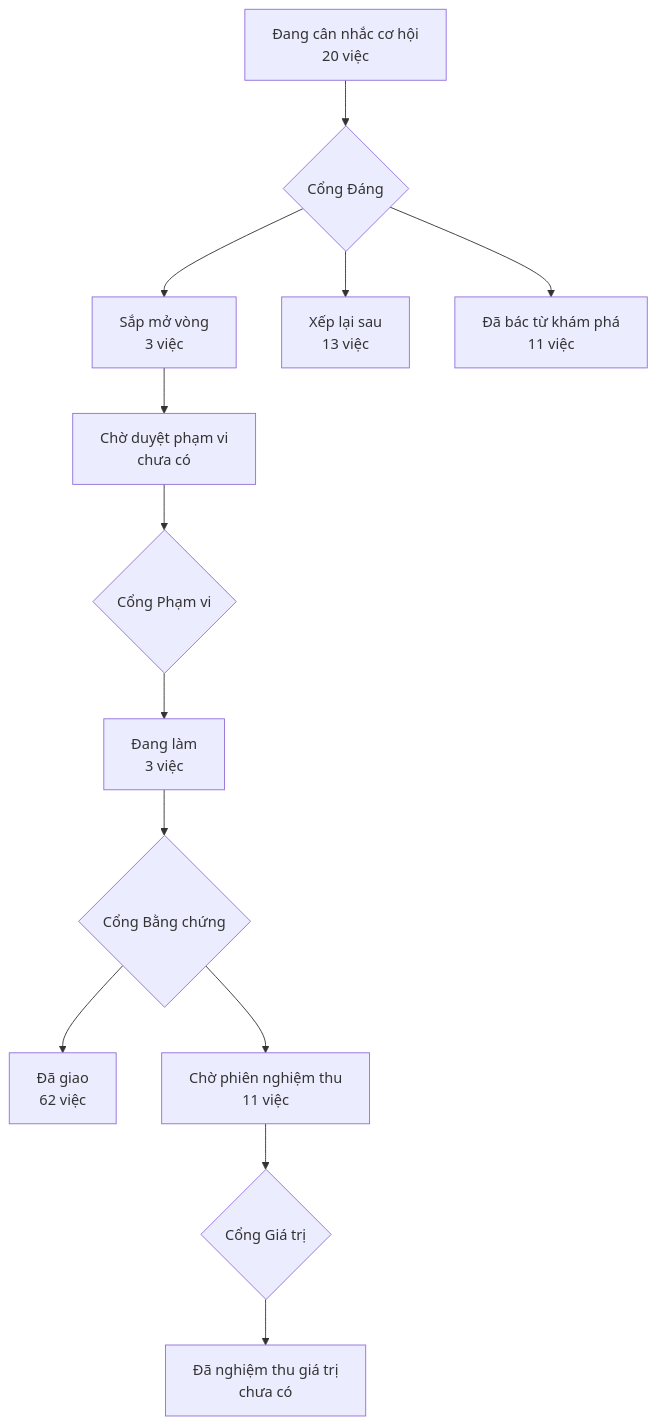
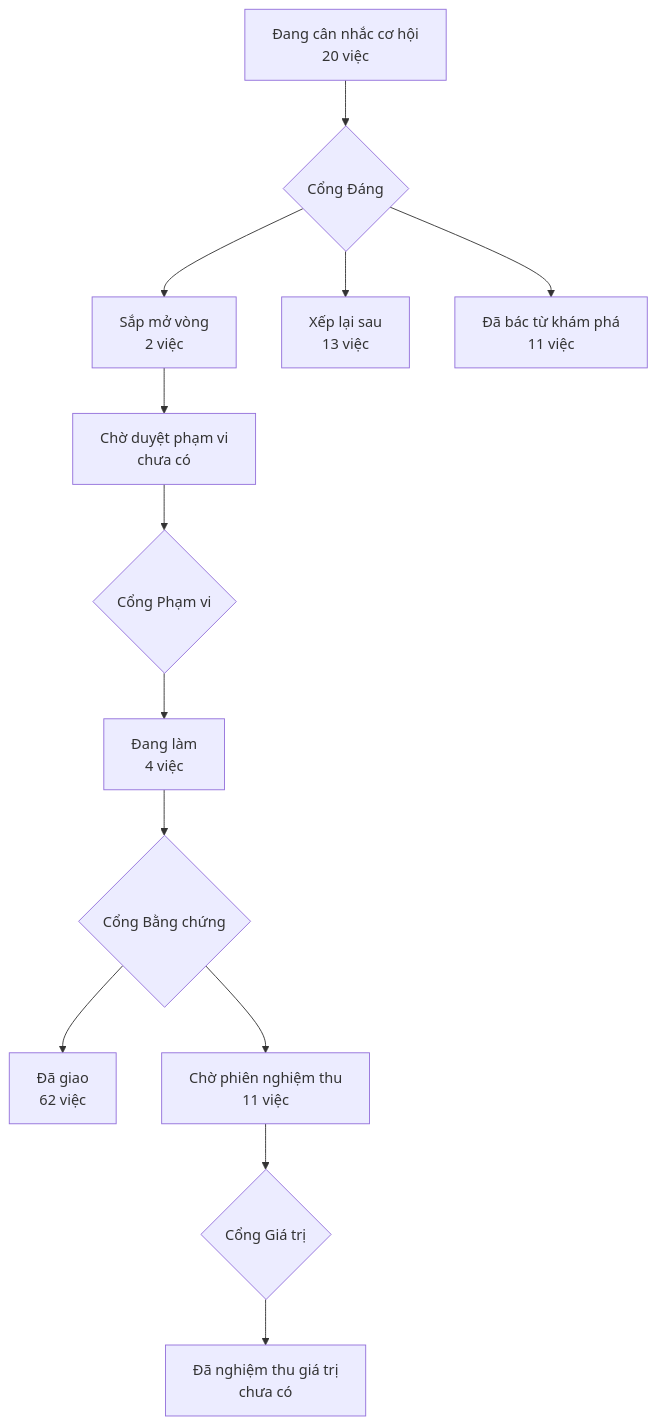
The diagram in PRODUCT-MAP.md (phanlemanh/acceptance-gate-kit), drawn with Mermaid before and after one commit. The commit also changed other lines of this file and 6 other files, not shown here.

````diff
--- a/PRODUCT-MAP.md
+++ b/PRODUCT-MAP.md
@@ -6,12 +6,12 @@
 ```mermaid
 flowchart TD
   A["Đang cân nhắc cơ hội<br/>20 việc"] --> GD{"Cổng Đáng"}
-  GD --> B["Sắp mở vòng<br/>3 việc"]
+  GD --> B["Sắp mở vòng<br/>2 việc"]
   GD --> XL["Xếp lại sau<br/>13 việc"]
   GD --> DB["Đã bác từ khám phá<br/>11 việc"]
   B --> CD["Chờ duyệt phạm vi<br/>chưa có"] --> GP{"Cổng Phạm vi"}
-  GP --> DL["Đang làm<br/>3 việc"] --> GB{"Cổng Bằng chứng"}
+  GP --> DL["Đang làm<br/>4 việc"] --> GB{"Cổng Bằng chứng"}
   GB --> DG["Đã giao<br/>62 việc"]
   GB --> CN["Chờ phiên nghiệm thu<br/>11 việc"] --> GG{"Cổng Giá trị"}
   GG --> NT["Đã nghiệm thu giá trị<br/>chưa có"]
 ```
````
